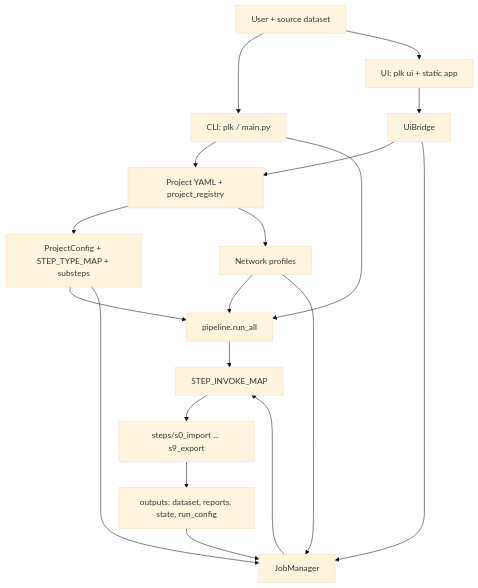
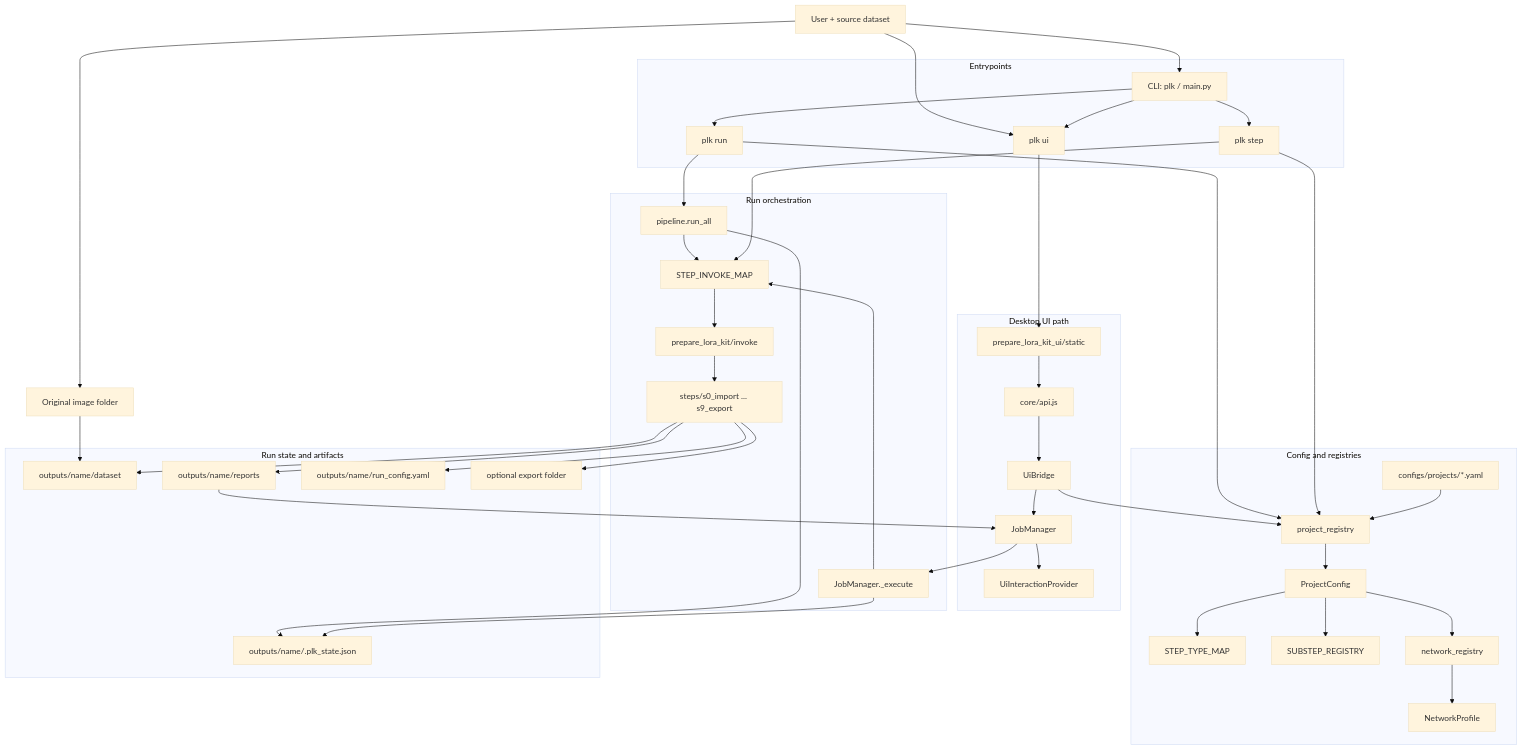
One commit to inflamously/PrepareLoraKit changed the first of 2 diagrams in docs/project-graph.md. Above: the diagram before and after it, drawn with Mermaid (base theme). The commit also changed other lines of this file and 8 other files, not shown here.

Commit message:
feat: add a proper app design doc and some more tests to fix some minor discrepancies between ui and cli

````diff
--- a/docs/project-graph.md
+++ b/docs/project-graph.md
@@ -6,34 +9,84 @@
 ```mermaid
 flowchart TD
   user[User + source dataset]
-  cli[CLI: plk / main.py]
-  ui[UI: plk ui + static app]
-  bridge[UiBridge]
-  jobs[JobManager]
-  projects[Project YAML + project_registry]
-  config[ProjectConfig + STEP_TYPE_MAP + substeps]
-  networks[Network profiles]
-  pipeline[pipeline.run_all]
-  invoke[STEP_INVOKE_MAP]
-  steps[steps/s0_import ... s9_export]
-  outputs[outputs: dataset, reports, state, run_config]
+  source[Original image folder]
+
+  subgraph Entry["Entrypoints"]
+    cli[CLI: plk / main.py]
+    run_cmd[plk run]
+    step_cmd[plk step]
+    ui_cmd[plk ui]
+  end
+
+  subgraph UI["Desktop UI path"]
+    static_app[prepare_lora_kit_ui/static]
+    api_js[core/api.js]
+    bridge[UiBridge]
+    jobs[JobManager]
+    interaction[UiInteractionProvider]
+  end
+
+  subgraph Config["Config and registries"]
+    project_yaml[configs/projects/*.yaml]
+    project_registry[project_registry]
+    project_config[ProjectConfig]
+    step_type_map[STEP_TYPE_MAP]
+    substeps[SUBSTEP_REGISTRY]
+    network_registry[network_registry]
+    network_profile[NetworkProfile]
+  end
+
+  subgraph Run["Run orchestration"]
+    pipeline[pipeline.run_all]
+    ui_execute[JobManager._execute]
+    invoke_map[STEP_INVOKE_MAP]
+    invoke_adapters[prepare_lora_kit/invoke]
+    steps[steps/s0_import ... s9_export]
+  end
+
+  subgraph Output["Run state and artifacts"]
+    working[outputs/name/dataset]
+    reports[outputs/name/reports]
+    state_file[outputs/name/.plk_state.json]
+    train_config[outputs/name/run_config.yaml]
+    export_dir[optional export folder]
+  end
 
   user --> cli
-  user --> ui
-  cli --> projects
-  ui --> bridge
-  bridge --> projects
+  user --> ui_cmd
+  user --> source
+  cli --> run_cmd
+  cli --> step_cmd
+  cli --> ui_cmd
+  ui_cmd --> static_app
+  static_app --> api_js
+  api_js --> bridge
   bridge --> jobs
-  projects --> config
-  projects --> networks
-  cli --> pipeline
-  jobs --> invoke
-  pipeline --> invoke
-  config --> pipeline
-  config --> jobs
-  networks --> pipeline
-  networks --> jobs
-  invoke --> steps
-  steps --> outputs
-  outputs --> jobs
+  jobs --> ui_execute
+  jobs --> interaction
+
+  run_cmd --> project_registry
+  step_cmd --> project_registry
+  bridge --> project_registry
+  project_yaml --> project_registry
+  project_registry --> project_config
+  project_config --> step_type_map
+  project_config --> substeps
+  project_config --> network_registry
+  network_registry --> network_profile
+
+  run_cmd --> pipeline
+  pipeline --> invoke_map
+  ui_execute --> invoke_map
+  step_cmd --> invoke_map
+  invoke_map --> invoke_adapters
+  invoke_adapters --> steps
+  source --> working
+  steps --> working
+  steps --> reports
+  pipeline --> state_file
+  ui_execute --> state_file
+  steps --> train_config
+  steps --> export_dir
+  reports --> jobs
 ```
````
